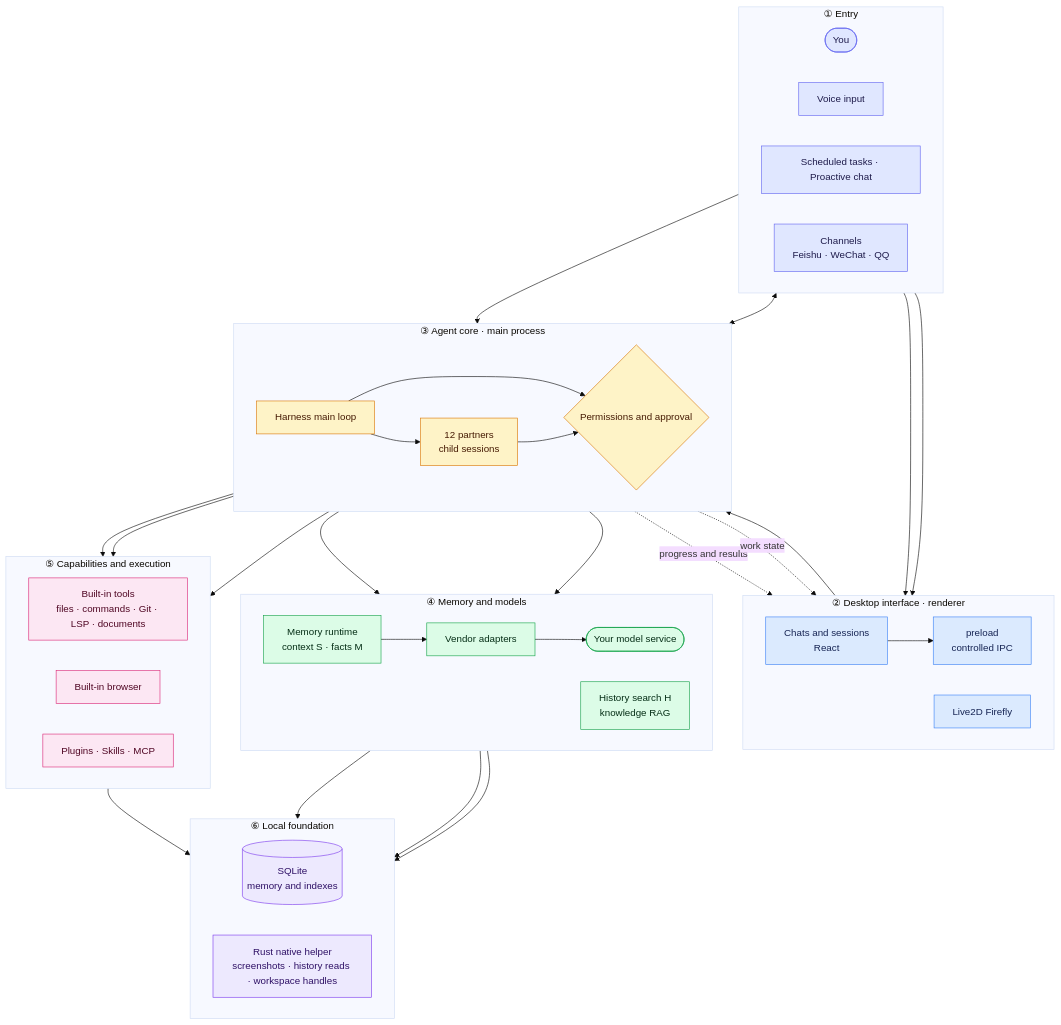
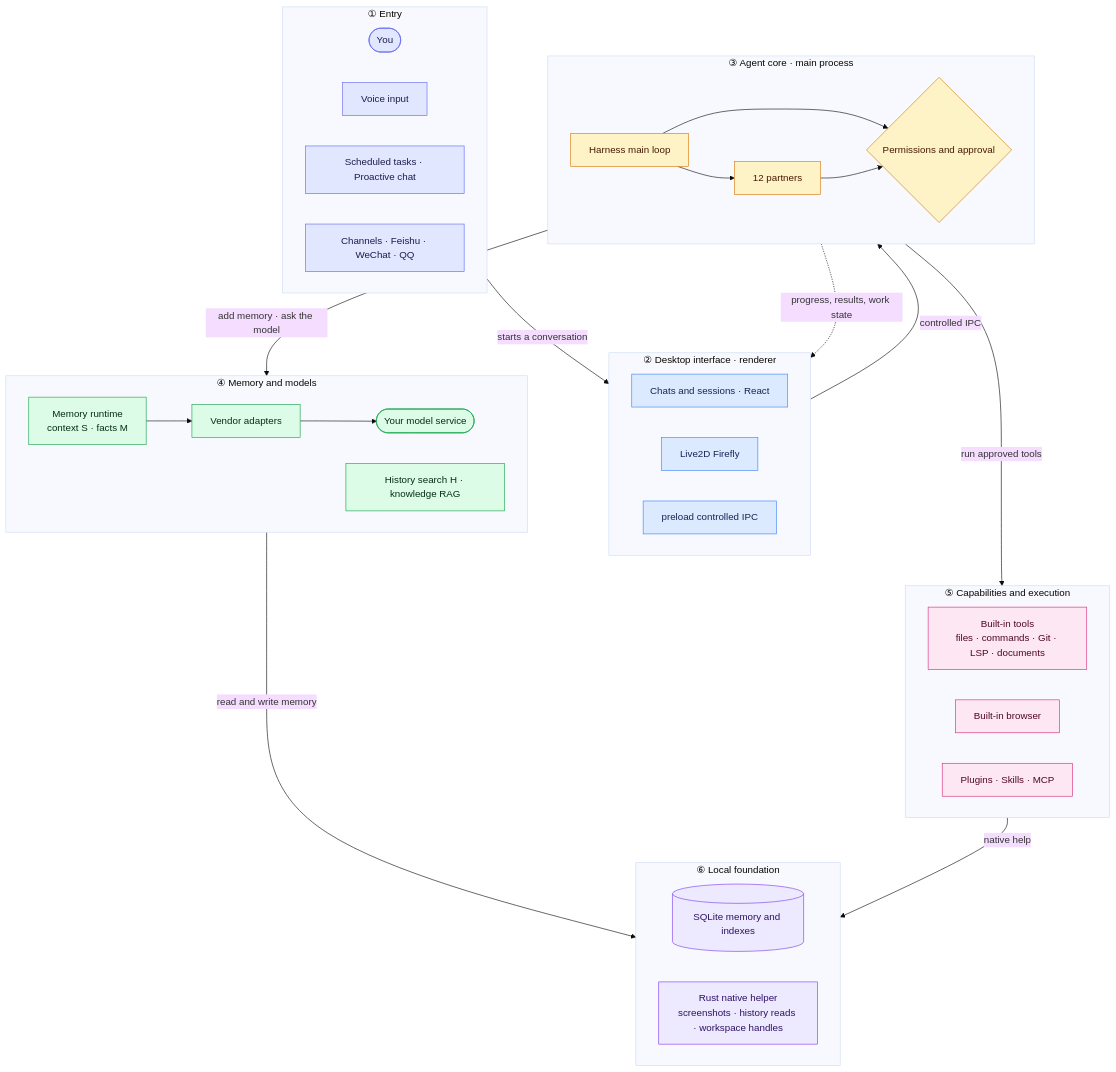
The diagram in README.en.md (Firefly-0423/Firefly-Agent), drawn with Mermaid (base theme) before and after one commit. The commit also changed 1 other file, not shown here.

Commit message:
README: link the architecture diagram layer to layer
Edges between individual nodes across layers made Mermaid drop each
layer's left-to-right layout, so the diagram grew tall and tangled.
Layers now connect to each other and keep their nodes in one row; the
numbered steps and the table carry the per-node detail. Tool execution
is drawn from the agent core, where approval happens.

````diff
--- a/README.en.md
+++ b/README.en.md
@@ -138,73 +138,66 @@
 ```mermaid
 flowchart TB
   subgraph L1["① Entry"]
     direction LR
     user(["You"])
     voice["Voice input"]
     timers["Scheduled tasks · Proactive chat"]
-    channels["Channels<br/>Feishu · WeChat · QQ"]
+    channels["Channels · Feishu · WeChat · QQ"]
   end
   subgraph L2["② Desktop interface · renderer"]
     direction LR
-    ui["Chats and sessions<br/>React"]
+    ui["Chats and sessions · React"]
     live2d["Live2D Firefly"]
-    ipc["preload<br/>controlled IPC"]
+    ipc["preload controlled IPC"]
   end
   subgraph L3["③ Agent core · main process"]
     direction LR
     harness["Harness main loop"]
-    partners["12 partners<br/>child sessions"]
+    partners["12 partners"]
     perm{"Permissions and approval"}
+    harness --> partners
+    harness --> perm
+    partners --> perm
   end
   subgraph L4["④ Memory and models"]
     direction LR
     context["Memory runtime<br/>context S · facts M"]
-    recall["History search H<br/>knowledge RAG"]
     vendors["Vendor adapters"]
     models(["Your model service"])
+    recall["History search H · knowledge RAG"]
+    context --> vendors --> models
   end
   subgraph L5["⑤ Capabilities and execution"]
     direction LR
     tools["Built-in tools<br/>files · commands · Git · LSP · documents"]
     browser["Built-in browser"]
     extensions["Plugins · Skills · MCP"]
   end
   subgraph L6["⑥ Local foundation"]
     direction LR
-    store[("SQLite<br/>memory and indexes")]
+    store[("SQLite memory and indexes")]
     native["Rust native helper<br/>screenshots · history reads · workspace handles"]
   end
 
-  user --> ui
-  voice --> ui
-  ui --> ipc --> harness
-  timers --> harness
-  channels <--> harness
-  harness --> partners
-  harness --> context --> vendors --> models
-  harness --> recall
-  harness --> perm
-  partners --> perm
-  perm --> tools
-  perm --> browser
-  perm --> extensions
-  context --> store
-  recall --> store
-  recall --> native
-  tools --> native
-  harness -. "progress and results" .-> ui
-  harness -. "work state" .-> live2d
+  L1 -- "starts a conversation" --> L2
+  L2 -- "controlled IPC" --> L3
+  L3 -- "add memory · ask the model" --> L4
+  L3 -- "run approved tools" --> L5
+  L4 ~~~ L5
+  L4 -- "read and write memory" --> L6
+  L5 -- "native help" --> L6
+  L3 -. "progress, results, work state" .-> L2
 
   classDef entry fill:#e0e7ff,stroke:#6366f1,color:#1e1b4b
   classDef face fill:#dbeafe,stroke:#3b82f6,color:#172554
   classDef core fill:#fef3c7,stroke:#d97706,color:#451a03
   classDef mind fill:#dcfce7,stroke:#16a34a,color:#052e16
   classDef act fill:#fce7f3,stroke:#db2777,color:#500724
   classDef base fill:#ede9fe,stroke:#7c3aed,color:#2e1065
   class user,voice,timers,channels entry
   class ui,live2d,ipc face
   class harness,partners,perm core
   class context,recall,vendors,models mind
   class tools,browser,extensions act
   class store,native base
 ```
````
